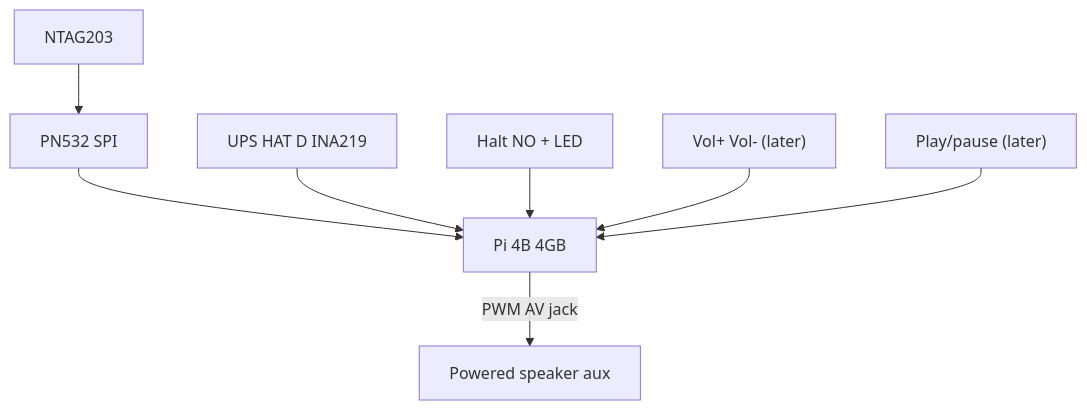
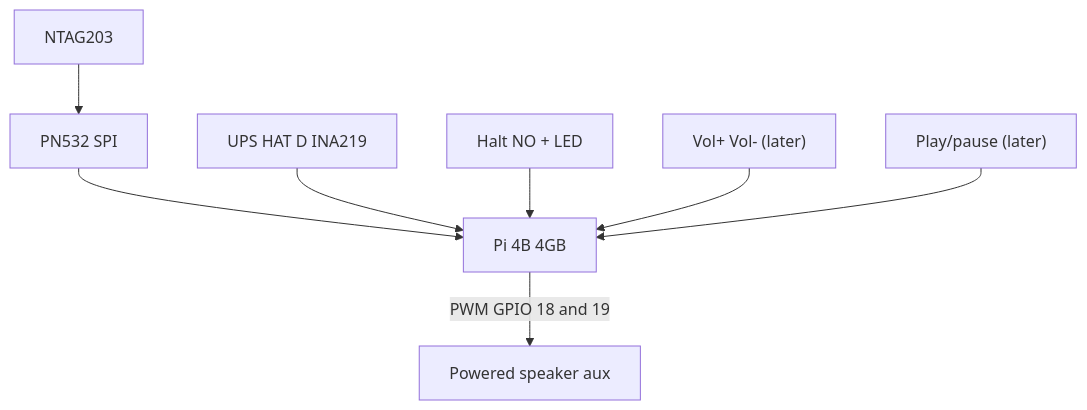
Before and after one commit to mzworthington/RoMini: the diagram in docs/hardware.md, drawn with Mermaid. The commit also changed other lines of this file and 9 other files, not shown here.

````diff
--- a/docs/hardware.md
+++ b/docs/hardware.md
@@ -29,10 +29,10 @@
 ```mermaid
 flowchart TB
   ntag["NTAG203"] --> hat["PN532 SPI"]
   hat --> pi["Pi 4B 4GB"]
   ups["UPS HAT D INA219"] --> pi
   halt["Halt NO + LED"] --> pi
   vol["Vol+ Vol- (later)"] --> pi
   play["Play/pause (later)"] --> pi
-  pi -->|"PWM AV jack"| spk["Powered speaker aux"]
+  pi -->|"PWM GPIO 18 and 19"| spk["Powered speaker aux"]
 ```
````
